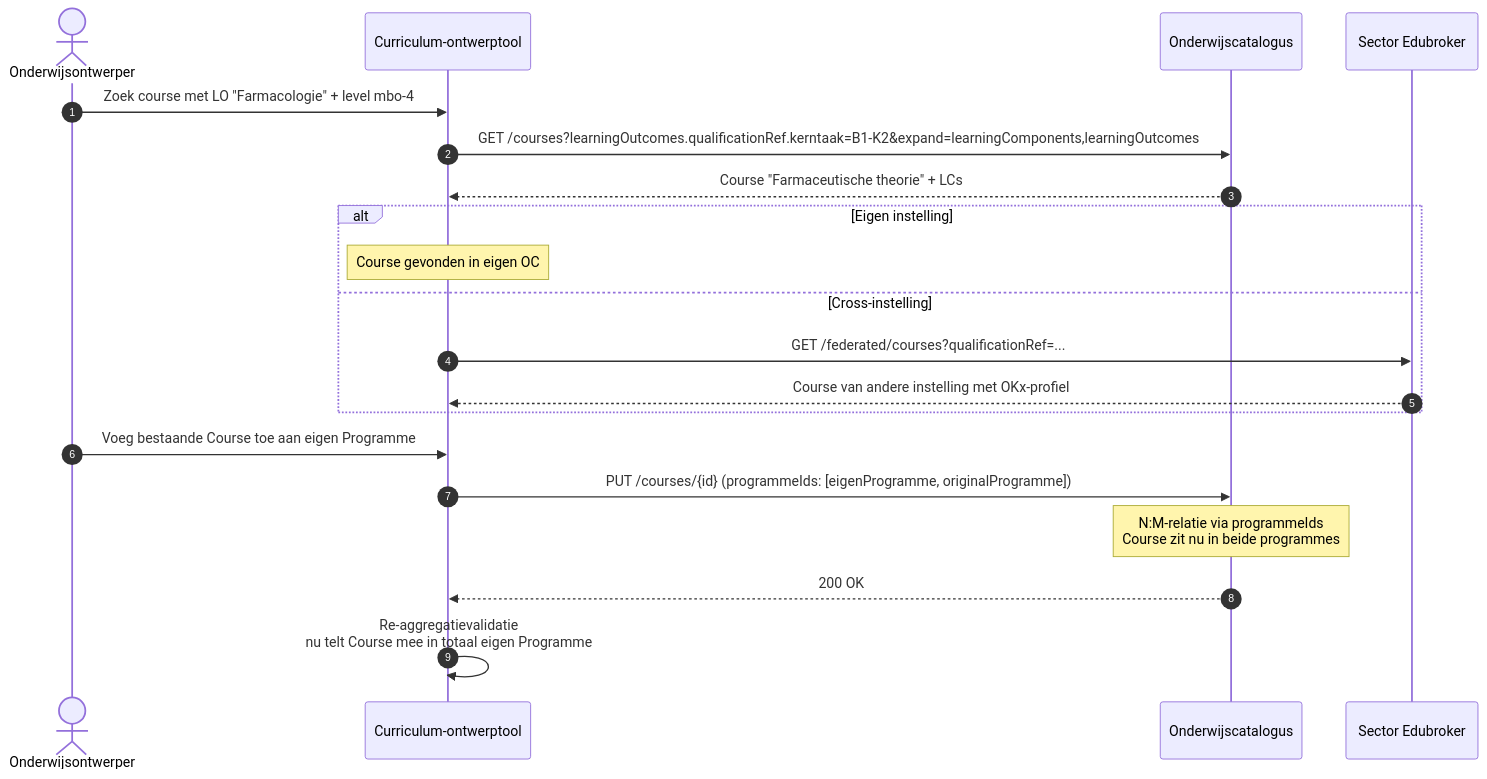
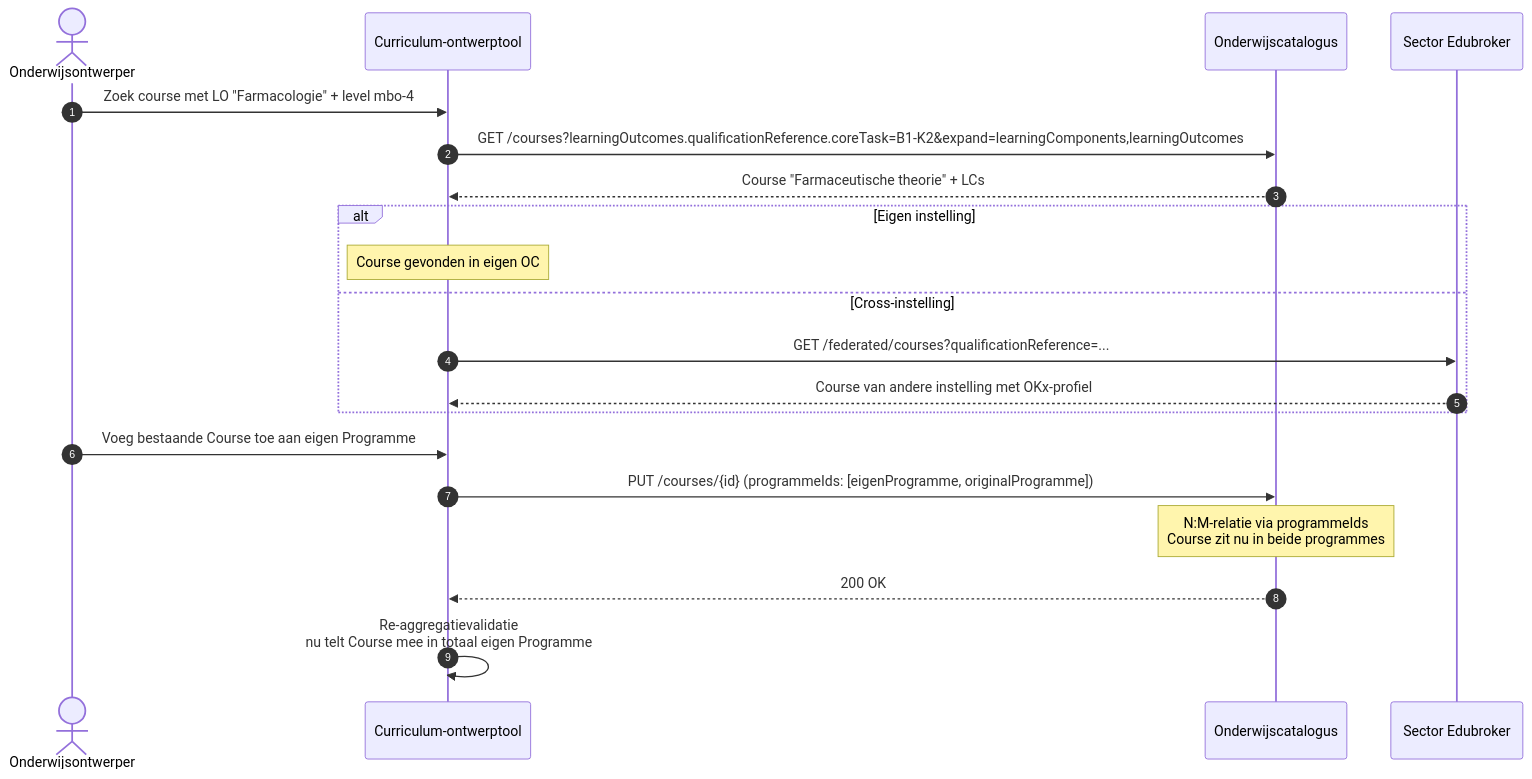
The fifth of 19 diagrams in meta/architecture/agent-artifacts/project-requests/20260414_1500_okx-oeapi-consumer-profiel.md (Npuls-OKx/specification), drawn with Mermaid before and after one commit. The commit also changed other lines of this file and 4 other files, not shown here.

````diff
--- a/meta/architecture/agent-artifacts/project-requests/20260414_1500_okx-oeapi-consumer-profiel.md
+++ b/meta/architecture/agent-artifacts/project-requests/20260414_1500_okx-oeapi-consumer-profiel.md
@@ -1204,23 +1646,23 @@
 ```mermaid
 sequenceDiagram
     autonumber
     actor Ontwerper as Onderwijsontwerper
     participant CO as Curriculum-ontwerptool
     participant OC as Onderwijscatalogus
     participant Edubroker as Sector Edubroker
 
     Ontwerper->>CO: Zoek course met LO "Farmacologie" + level mbo-4
-    CO->>OC: GET /courses?learningOutcomes.qualificationRef.kerntaak=B1-K2&expand=learningComponents,learningOutcomes
+    CO->>OC: GET /courses?learningOutcomes.qualificationReference.coreTask=B1-K2&expand=learningComponents,learningOutcomes
     OC-->>CO: Course "Farmaceutische theorie" + LCs
     alt Eigen instelling
         Note over CO: Course gevonden in eigen OC
     else Cross-instelling
-        CO->>Edubroker: GET /federated/courses?qualificationRef=...
+        CO->>Edubroker: GET /federated/courses?qualificationReference=...
         Edubroker-->>CO: Course van andere instelling met OKx-profiel
     end
     Ontwerper->>CO: Voeg bestaande Course toe aan eigen Programme
     CO->>OC: PUT /courses/{id} (programmeIds: [eigenProgramme, originalProgramme])
     Note over OC: N:M-relatie via programmeIds<br/>Course zit nu in beide programmes
     OC-->>CO: 200 OK
     CO->>CO: Re-aggregatievalidatie<br/>nu telt Course mee in totaal eigen Programme
 ```
````
